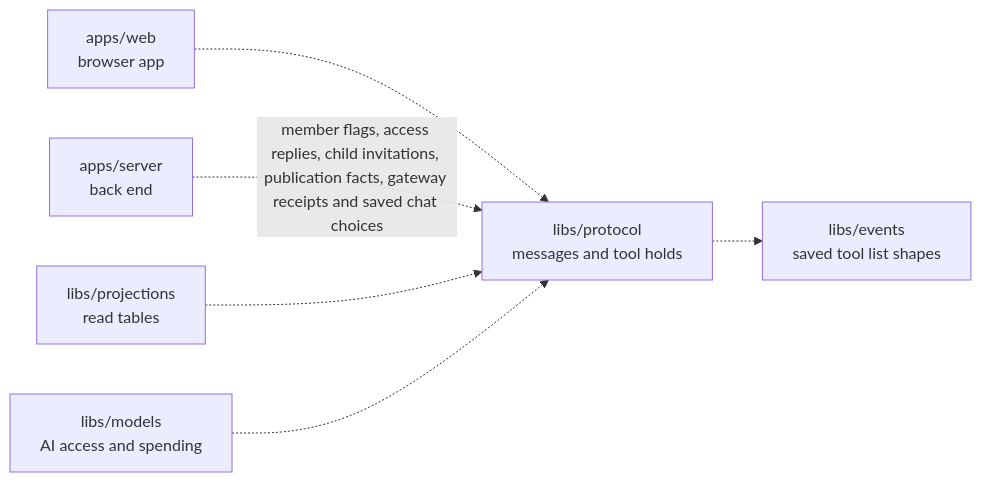
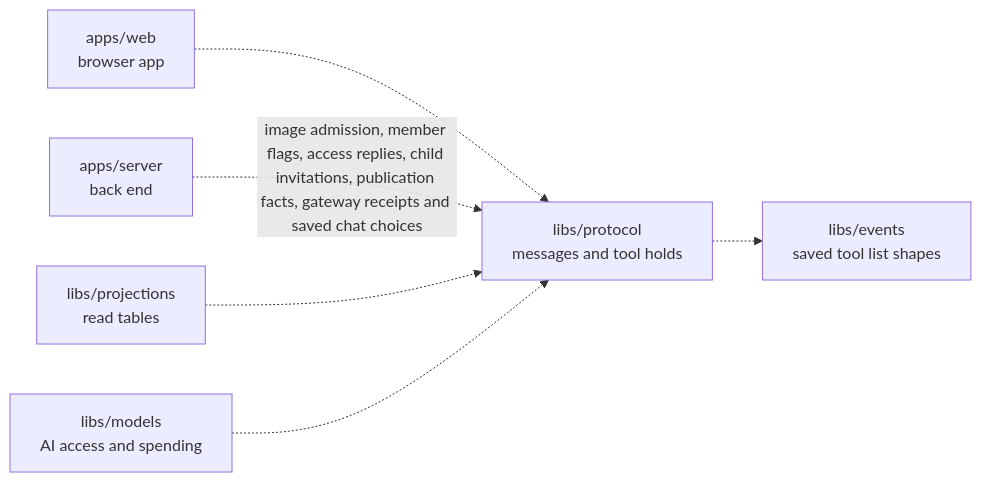
The diagram in libs/protocol/README.md (elewa-git/opencrane-new), drawn with Mermaid before and after one commit. The commit also changed other lines of this file and 22 other files, not shown here.

Commit message:
📦 Record dated hosted image admission and expose admin status

````diff
--- a/libs/protocol/README.md
+++ b/libs/protocol/README.md
@@ -11,8 +11,8 @@
 ```mermaid
 flowchart LR
   web["apps/web<br/>browser app"] -.-> protocol["libs/protocol<br/>messages and tool holds"]
-  server["apps/server<br/>back end"] -.->|member flags, access replies, child invitations, publication facts, gateway receipts and saved chat choices| protocol
+  server["apps/server<br/>back end"] -.->|image admission, member flags, access replies, child invitations, publication facts, gateway receipts and saved chat choices| protocol
   projections["libs/projections<br/>read tables"] -.-> protocol
   models["libs/models<br/>AI access and spending"] -.-> protocol
   protocol -.-> events["libs/events<br/>saved tool list shapes"]
 ```
````
